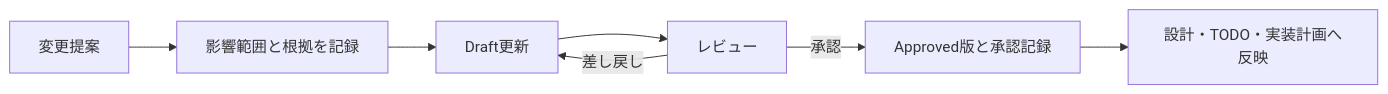
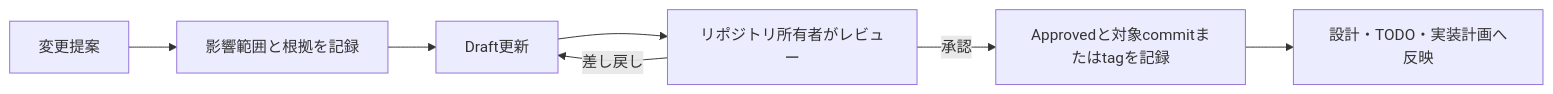
Before and after one commit to toike08D17012/system-trade-with-llm-orchestrator: the diagram in docs/system-requirements/README.md, drawn with Mermaid. The commit also changed other lines of this file and 14 other files, not shown here.

````diff
--- a/docs/system-requirements/README.md
+++ b/docs/system-requirements/README.md
@@ -59,9 +70,9 @@
 ```mermaid
 flowchart LR
     A[変更提案] --> B[影響範囲と根拠を記録]
     B --> C[Draft更新]
-    C --> D[レビュー]
+    C --> D[リポジトリ所有者がレビュー]
     D -->|差し戻し| C
-    D -->|承認| E[Approved版と承認記録]
+    D -->|承認| E[Approvedと対象commitまたはtagを記録]
     E --> F[設計・TODO・実装計画へ反映]
 ```
````
